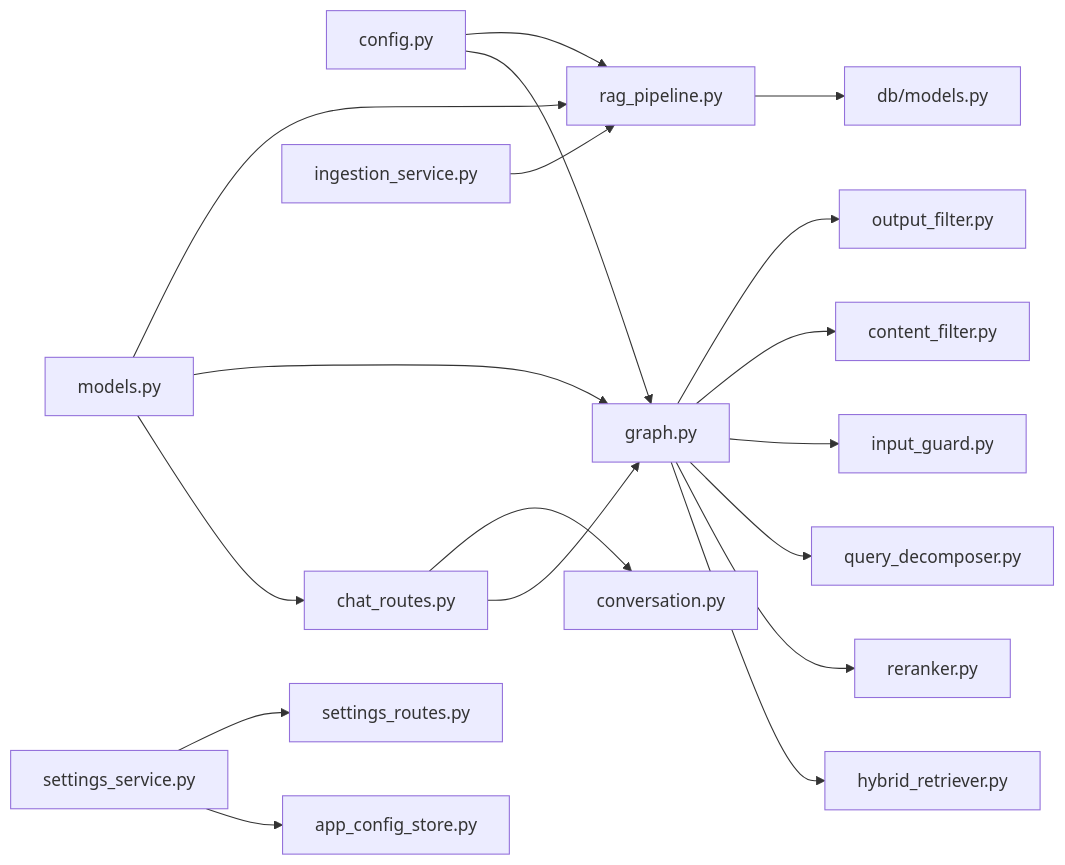
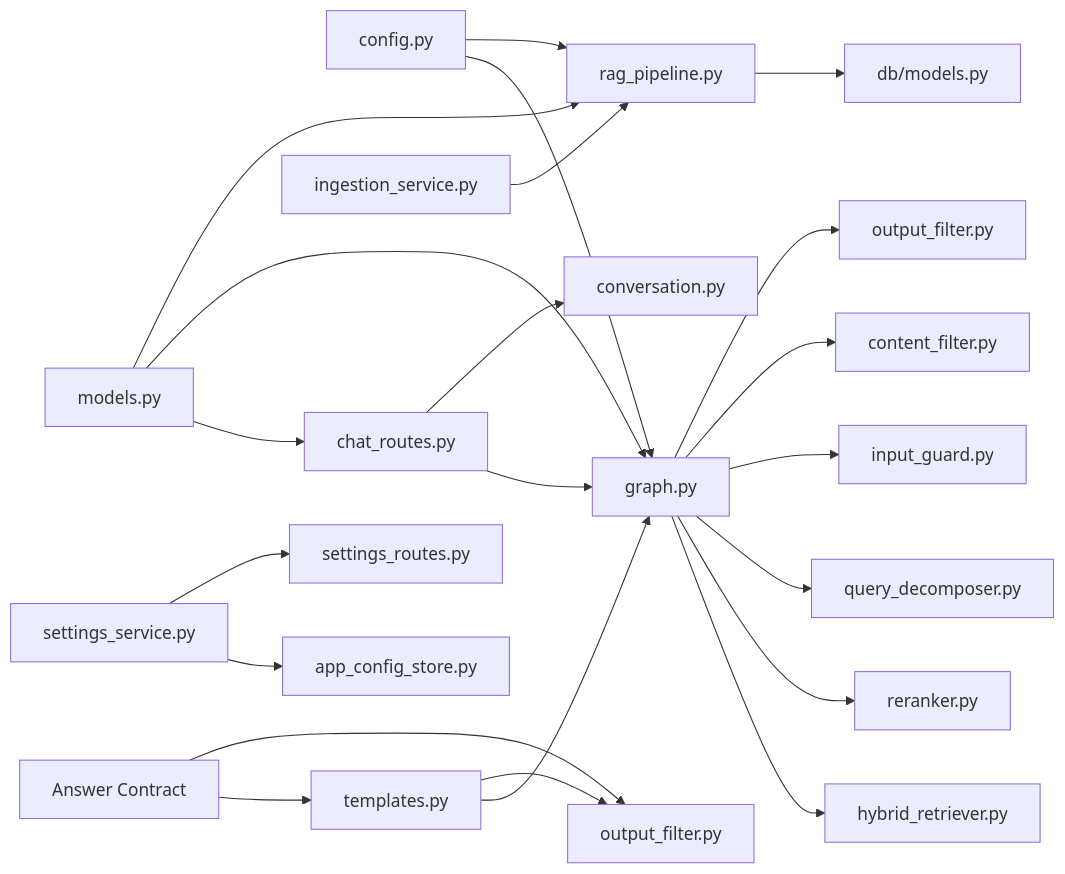
Before and after one commit to genes8/private-ai: the tenth of 12 diagrams in .qoder/repowiki/en/content/Backend Development/Service Layer/RAG Pipeline Service.md, drawn with Mermaid. The commit also changed other lines of this file and 19 other files, not shown here.

First line of the commit message:
feat(rag): grounded inference answer contract, numbered citations, output filter inference guard

````diff
--- a/.qoder/repowiki/en/content/Backend Development/Service Layer/RAG Pipeline Service.md
+++ b/.qoder/repowiki/en/content/Backend Development/Service Layer/RAG Pipeline Service.md
@@ -441,20 +534,24 @@
 ```mermaid
 graph LR
 CFG["config.py"] --> GR["graph.py"]
 CFG --> RP["rag_pipeline.py"]
 GR --> RET["hybrid_retriever.py"]
 GR --> RER["reranker.py"]
 GR --> DEC["query_decomposer.py"]
 GR --> SEC1["input_guard.py"]
 GR --> SEC2["content_filter.py"]
 GR --> SEC3["output_filter.py"]
 RP --> DBM["db/models.py"]
 API["chat_routes.py"] --> GR
 API --> CONV["conversation.py"]
 INSG["ingestion_service.py"] --> RP
 SETTINGS["settings_service.py"] --> APPCFG["app_config_store.py"]
 SETTINGS --> SETTINGSRT["settings_routes.py"]
 MODELS["models.py"] --> API
 MODELS --> GR
 MODELS --> RP
+TPL["templates.py"] --> GR
+TPL --> OF["output_filter.py"]
+CONTRACT["Answer Contract"] --> TPL
+CONTRACT --> OF
 ```
````
